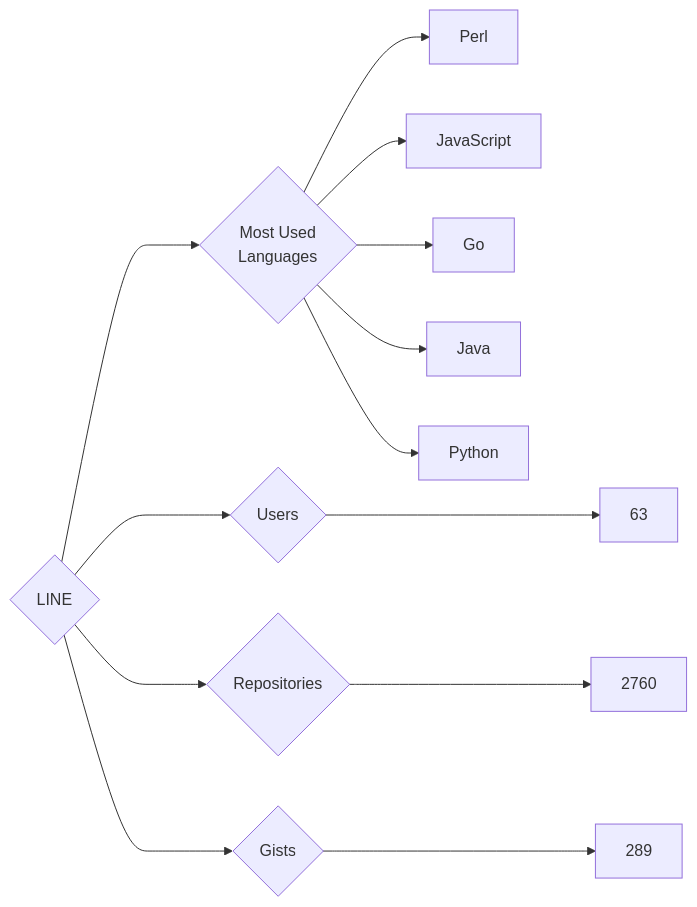
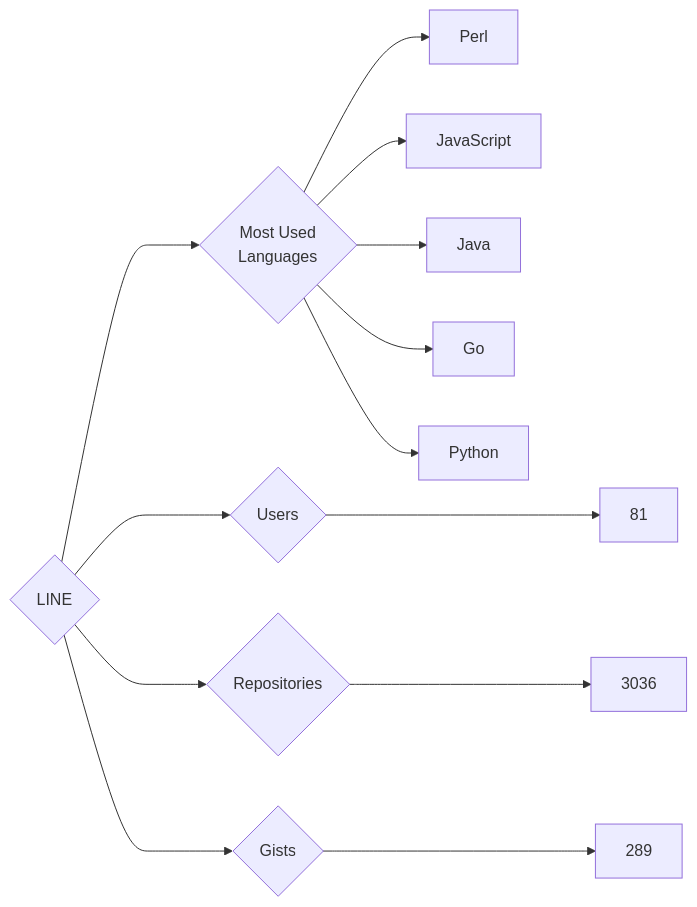
Before and after one commit to trickest/insiders: the diagram in targets/LINE/README.md, drawn with Mermaid. The commit also changed 951 other files, not shown here.

````diff
--- a/targets/LINE/README.md
+++ b/targets/LINE/README.md
@@ -3,13 +3,13 @@
 ```mermaid
 graph LR
 COMPANY_NAME{LINE}
-COMPANY_NAME ---> U{Users} ---> UN[63]
-COMPANY_NAME ---> R{Repositories} ---> RN[2760]
+COMPANY_NAME ---> U{Users} ---> UN[81]
+COMPANY_NAME ---> R{Repositories} ---> RN[3036]
 COMPANY_NAME ---> G{Gists} ---> GN[289]
 COMPANY_NAME ---> ML{Most Used<br>Languages}
 ML --> Perl[Perl]
 ML --> JavaScript[JavaScript]
+ML --> Java[Java]
 ML --> Go[Go]
-ML --> Java[Java]
 ML --> Python[Python]
 ```
````
